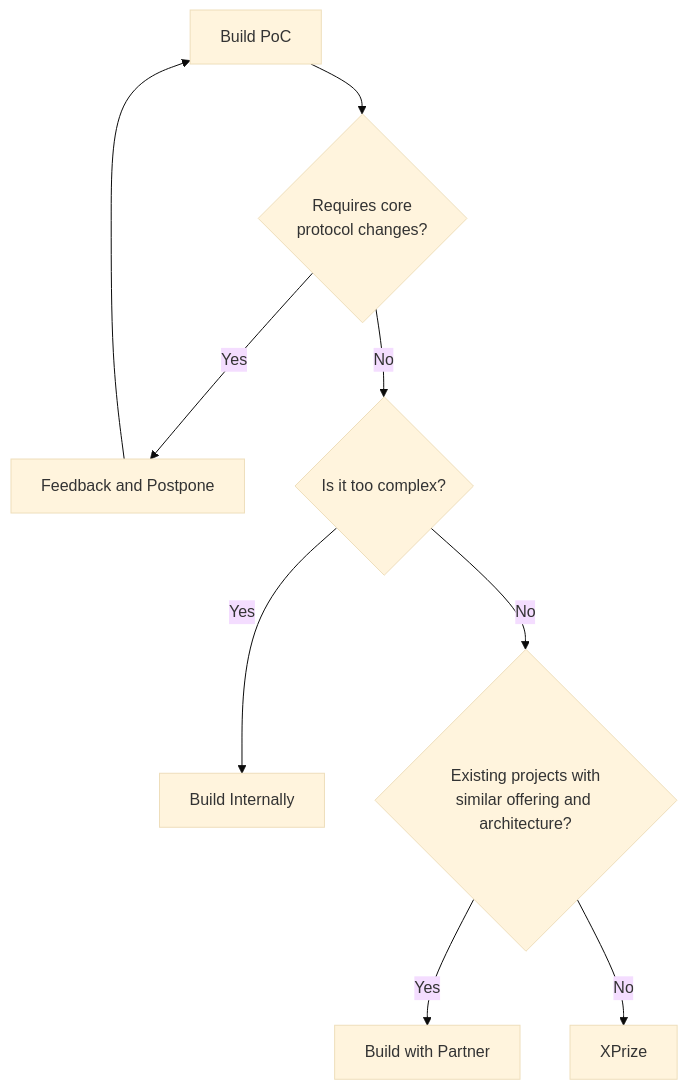
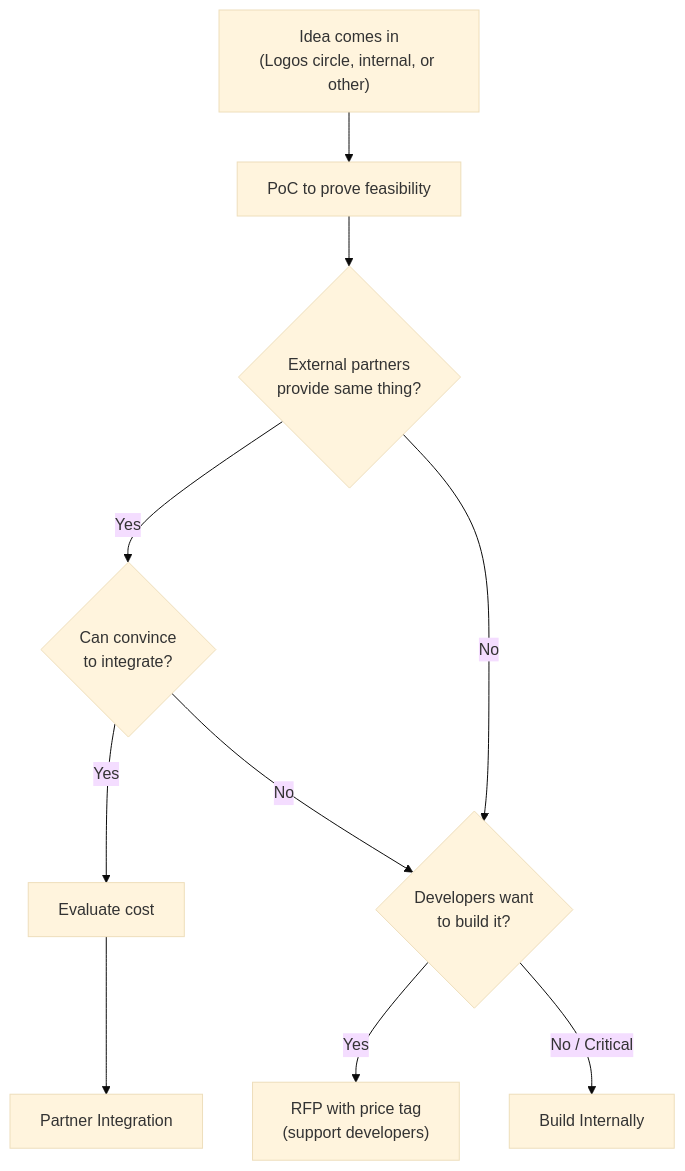
One commit to logos-co/ecosystem changed the first of 2 diagrams in content/integration/index.md. Above: the diagram before and after it, drawn with Mermaid (base theme). The commit also changed other lines of this file, not shown here.

Commit message:
Fix decision diagram for building projects

````diff
--- a/content/integration/index.md
+++ b/content/integration/index.md
@@ -39,11 +45,22 @@
 ```mermaid
 flowchart TD
-    A[Build PoC] --> P{Requires core<br/>protocol changes?}
-    P -->|Yes| Q[Feedback and Postpone]
-    Q --> A
-    P -->|No| B{Is it too complex?}
-    B -->|Yes| C[Build Internally]
-    B -->|No| D{Existing projects with<br/>similar offering and architecture?}
-    D -->|Yes| E[Build with Partner]
-    D -->|No| F[XPrize]
+    START["Idea comes in<br/>(Logos circle, internal, or other)"]
+    POC["PoC to prove feasibility"]
+    PARTNER{"External partners<br/>provide same thing?"}
+    CONVINCE{"Can convince<br/>to integrate?"}
+    COST["Evaluate cost"]
+    INTEGRATE["Partner Integration"]
+    DEV_INTEREST{"Developers want<br/>to build it?"}
+    RFP["RFP with price tag<br/>(support developers)"]
+    INTERNAL["Build Internally"]
+
+    START --> POC
+    POC --> PARTNER
+    PARTNER -->|Yes| CONVINCE
+    PARTNER -->|No| DEV_INTEREST
+    CONVINCE -->|Yes| COST
+    CONVINCE -->|No| DEV_INTEREST
+    COST --> INTEGRATE
+    DEV_INTEREST -->|Yes| RFP
+    DEV_INTEREST -->|No / Critical| INTERNAL
 ```
````
